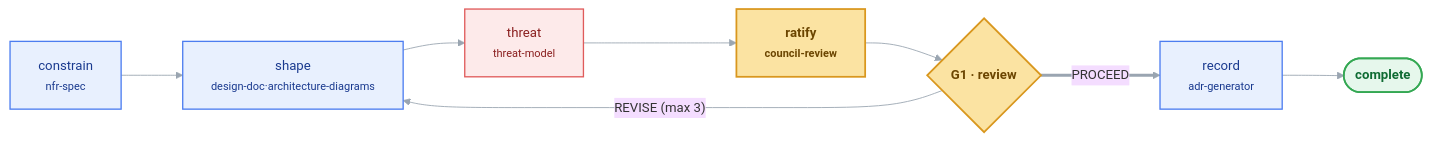
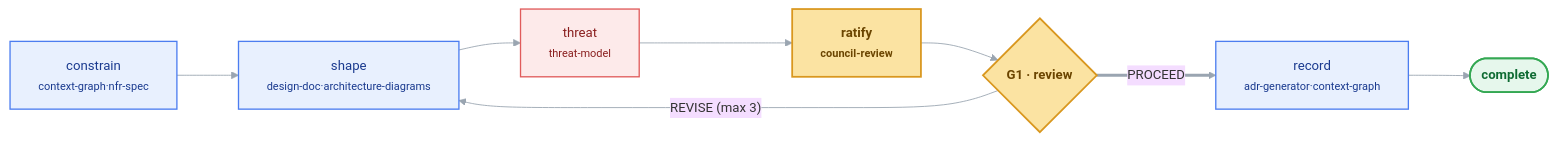
One commit to sananthanarayan/skilldrop changed the diagram in docs/loops/design.mmd. Above: the diagram before and after it, drawn with Mermaid. The commit also changed 271 other files, not shown here.

First line of the commit message:
context-graph 0.2: code changed since each decision; a home in core; the modernize and design loops (1.1.0)

```diff
--- a/docs/loops/design.mmd
+++ b/docs/loops/design.mmd
@@ -1,23 +1,23 @@
 %%{init: {'theme':'base','themeVariables':{'fontFamily':'Segoe UI, Helvetica, Arial','fontSize':'15px','lineColor':'#9AA5B1'},'flowchart':{'curve':'basis','rankSpacing':70,'nodeSpacing':50,'padding':16}}}%%
 flowchart LR
     classDef gen    fill:#E8F0FE,stroke:#4C7DF0,stroke-width:1.5px,color:#1A3A8F;
     classDef review fill:#FDEAEA,stroke:#E05B5B,stroke-width:1.5px,color:#8A1F1F;
     classDef gate   fill:#FBE3A2,stroke:#D9971E,stroke-width:2px,color:#6B4500,font-weight:bold;
     classDef ship   fill:#E6F7EC,stroke:#34A853,stroke-width:2px,color:#0F6B33,font-weight:bold;
 
-    constrain["constrain<br/><small>nfr-spec</small>"]:::gen
+    constrain["constrain<br/><small>context-graph·nfr-spec</small>"]:::gen
     shape["shape<br/><small>design-doc·architecture-diagrams</small>"]:::gen
     threat["threat<br/><small>threat-model</small>"]:::review
     ratify["ratify<br/><small>council-review</small>"]:::gate
-    record["record<br/><small>adr-generator</small>"]:::gen
+    record["record<br/><small>adr-generator·context-graph</small>"]:::gen
     G1{"G1 · review"}:::gate
     DONE(["complete"]):::ship
 
     constrain --> shape
     shape --> threat
     threat --> ratify
     ratify --> G1
     G1 == "PROCEED" ==> record
     record --> DONE
 
     G1 -- "REVISE (max 3)" --> shape
```
